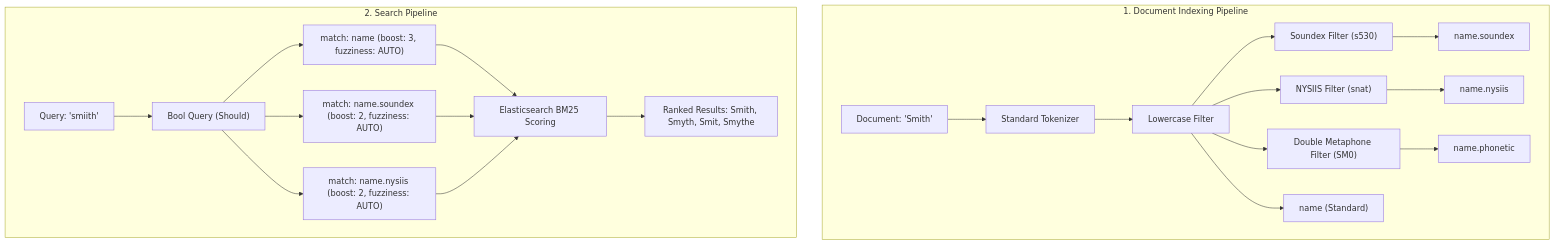
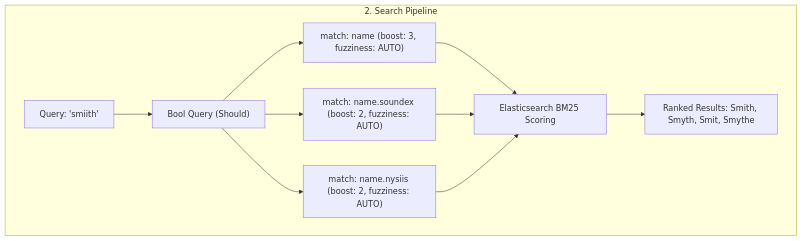
Before and after one commit to Pratik610/es-phonetic-search: the second of 2 diagrams in README.md, drawn with Mermaid.

````diff
--- a/README.md
+++ b/README.md
@@ -25,27 +40,14 @@
 ```mermaid
 flowchart TD
-    subgraph Ingestion["1. Document Indexing Pipeline"]
-        DocInput["Document: 'Smith'"] --> Standard["Standard Tokenizer"]
-        Standard --> Lowercase["Lowercase Filter"]
-        Lowercase --> SoundexFilter["Soundex Filter (s530)"]
-        Lowercase --> NYSIISFilter["NYSIIS Filter (snat)"]
-        Lowercase --> MetaphoneFilter["Double Metaphone Filter (SM0)"]
-        
-        SoundexFilter --> F1["name.soundex"]
-        NYSIISFilter --> F2["name.nysiis"]
-        MetaphoneFilter --> F3["name.phonetic"]
-        Lowercase --> F0["name (Standard)"]
-    end
-
-    subgraph QueryFlow["2. Search Pipeline"]
+subgraph QueryFlow["2. Search Pipeline"]
         SearchInput["Query: 'smiith'"] --> BoolShould["Bool Query (Should)"]
         BoolShould --> Q1["match: name (boost: 3, fuzziness: AUTO)"]
         BoolShould --> Q2["match: name.soundex (boost: 2, fuzziness: AUTO)"]
         BoolShould --> Q3["match: name.nysiis (boost: 2, fuzziness: AUTO)"]
         
         Q1 --> Ranker["Elasticsearch BM25 Scoring"]
         Q2 --> Ranker
         Q3 --> Ranker
         Ranker --> OutputHits["Ranked Results: Smith, Smyth, Smit, Smythe"]
     end
 ```
````
